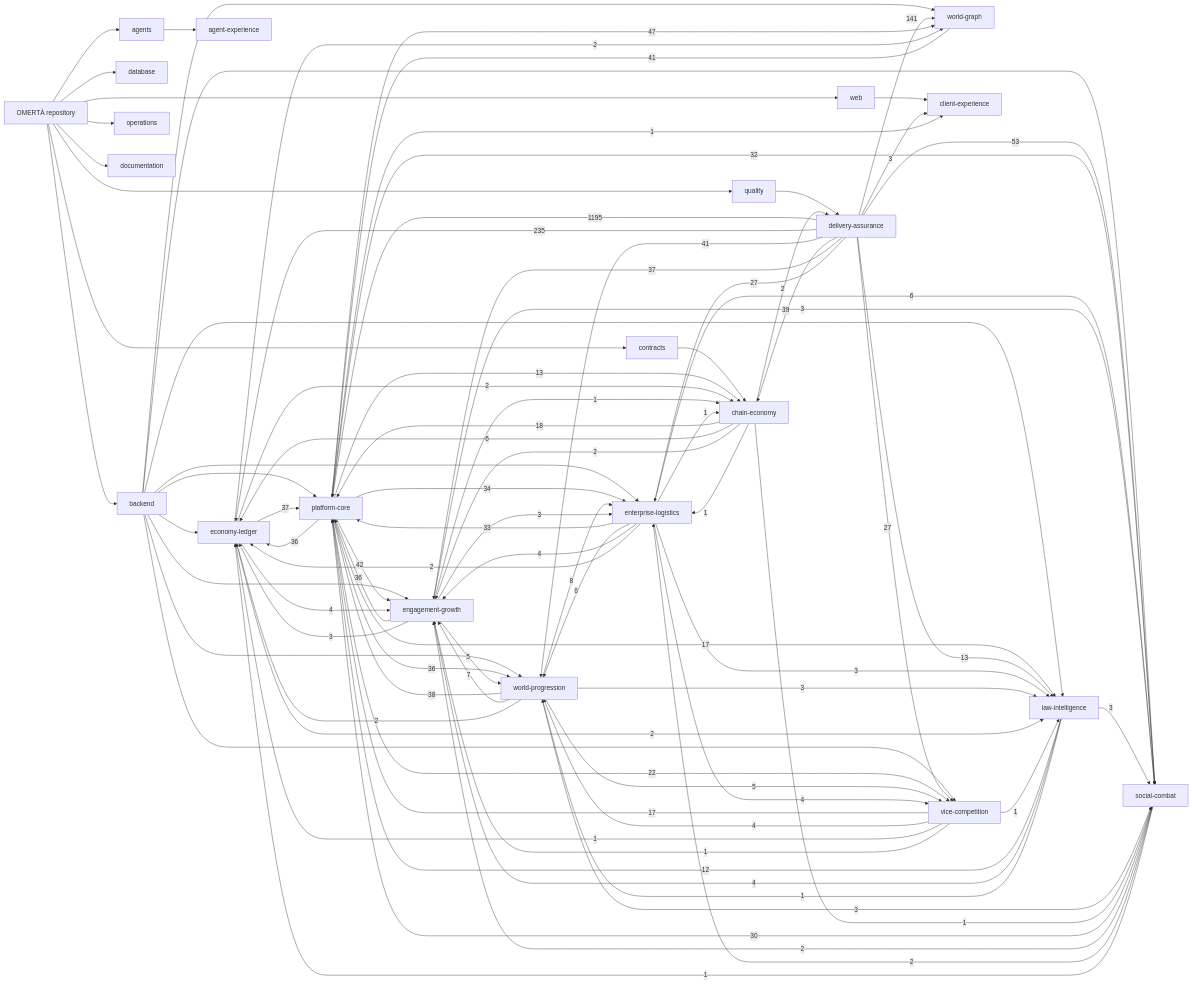
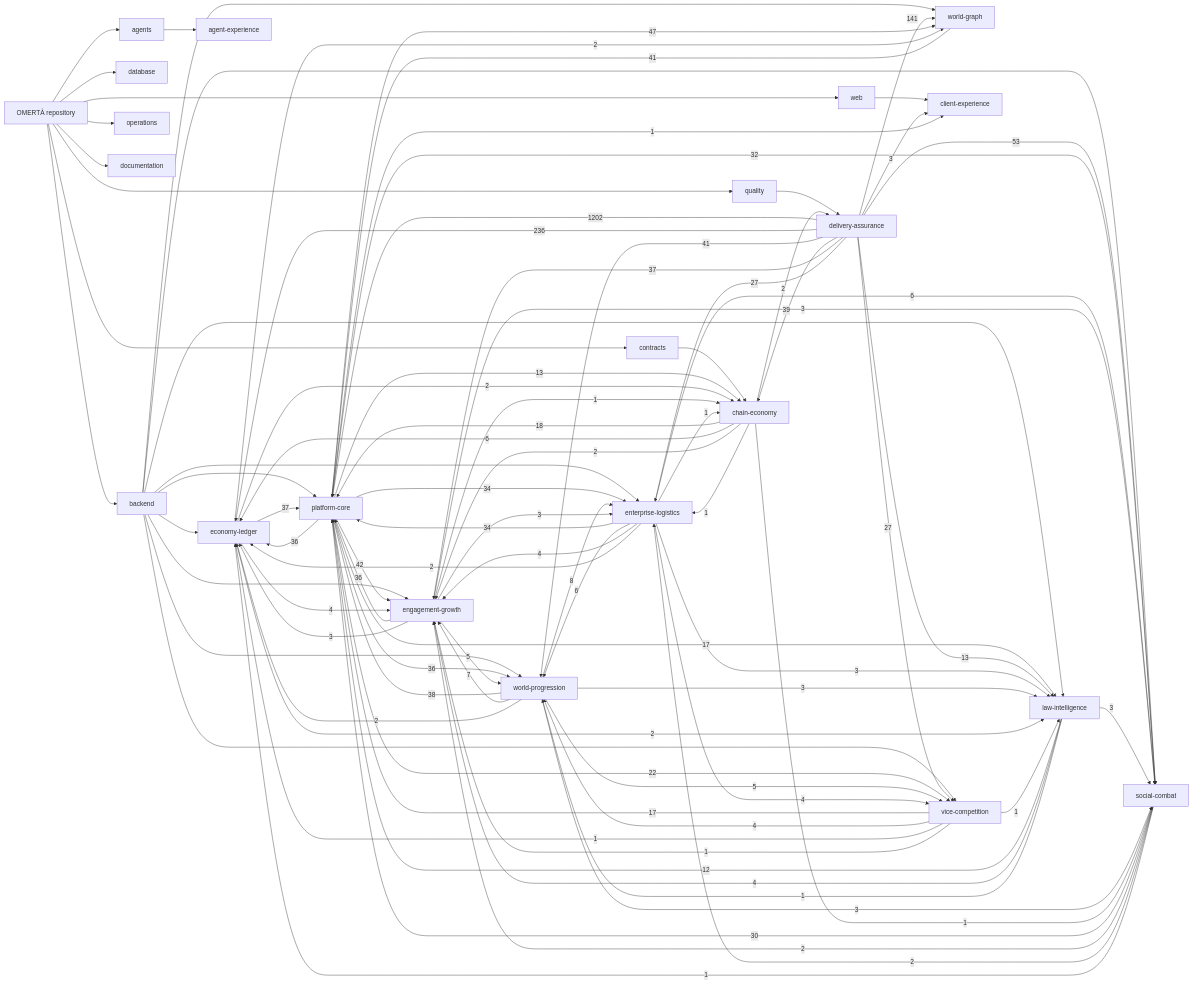
One commit to OmertaDev/Omerta changed the diagram in knowledge/generated/graph.mmd. Above: the diagram before and after it, drawn with Mermaid. The commit also changed 8 other files, not shown here.

```diff
--- a/knowledge/generated/graph.mmd
+++ b/knowledge/generated/graph.mmd
@@ -1,111 +1,111 @@
 flowchart LR
   repo["OMERTÀ repository"]
   sub_backend["backend"]
   repo --> sub_backend
   sub_database["database"]
   repo --> sub_database
   sub_web["web"]
   repo --> sub_web
   sub_contracts["contracts"]
   repo --> sub_contracts
   sub_agents["agents"]
   repo --> sub_agents
   sub_quality["quality"]
   repo --> sub_quality
   sub_operations["operations"]
   repo --> sub_operations
   sub_documentation["documentation"]
   repo --> sub_documentation
   dom_platform-core["platform-core"]
   dom_economy-ledger["economy-ledger"]
   dom_social-combat["social-combat"]
   dom_world-progression["world-progression"]
   dom_world-graph["world-graph"]
   dom_enterprise-logistics["enterprise-logistics"]
   dom_vice-competition["vice-competition"]
   dom_law-intelligence["law-intelligence"]
   dom_chain-economy["chain-economy"]
   dom_engagement-growth["engagement-growth"]
   dom_client-experience["client-experience"]
   dom_agent-experience["agent-experience"]
   dom_delivery-assurance["delivery-assurance"]
   sub_agents --> dom_agent-experience
   sub_backend --> dom_economy-ledger
   sub_backend --> dom_engagement-growth
   sub_backend --> dom_enterprise-logistics
   sub_backend --> dom_law-intelligence
   sub_backend --> dom_platform-core
   sub_backend --> dom_social-combat
   sub_backend --> dom_vice-competition
   sub_backend --> dom_world-graph
   sub_backend --> dom_world-progression
   sub_contracts --> dom_chain-economy
   sub_quality --> dom_delivery-assurance
   sub_web --> dom_client-experience
-  dom_delivery-assurance -->|1195| dom_platform-core
-  dom_delivery-assurance -->|235| dom_economy-ledger
+  dom_delivery-assurance -->|1202| dom_platform-core
+  dom_delivery-assurance -->|236| dom_economy-ledger
   dom_delivery-assurance -->|141| dom_world-graph
   dom_delivery-assurance -->|53| dom_social-combat
   dom_platform-core -->|47| dom_world-graph
   dom_platform-core -->|42| dom_engagement-growth
   dom_delivery-assurance -->|41| dom_world-progression
   dom_world-graph -->|41| dom_platform-core
   dom_delivery-assurance -->|39| dom_chain-economy
   dom_world-progression -->|38| dom_platform-core
   dom_delivery-assurance -->|37| dom_engagement-growth
   dom_economy-ledger -->|37| dom_platform-core
   dom_engagement-growth -->|36| dom_platform-core
   dom_platform-core -->|36| dom_economy-ledger
   dom_platform-core -->|36| dom_world-progression
+  dom_enterprise-logistics -->|34| dom_platform-core
   dom_platform-core -->|34| dom_enterprise-logistics
-  dom_enterprise-logistics -->|33| dom_platform-core
   dom_platform-core -->|32| dom_social-combat
   dom_social-combat -->|30| dom_platform-core
   dom_delivery-assurance -->|27| dom_enterprise-logistics
   dom_delivery-assurance -->|27| dom_vice-competition
   dom_platform-core -->|22| dom_vice-competition
   dom_chain-economy -->|18| dom_platform-core
   dom_platform-core -->|17| dom_law-intelligence
   dom_vice-competition -->|17| dom_platform-core
   dom_delivery-assurance -->|13| dom_law-intelligence
   dom_platform-core -->|13| dom_chain-economy
   dom_law-intelligence -->|12| dom_platform-core
   dom_world-progression -->|8| dom_enterprise-logistics
   dom_world-progression -->|7| dom_engagement-growth
   dom_chain-economy -->|6| dom_economy-ledger
   dom_enterprise-logistics -->|6| dom_social-combat
   dom_enterprise-logistics -->|6| dom_world-progression
   dom_engagement-growth -->|5| dom_world-progression
   dom_world-progression -->|5| dom_vice-competition
   dom_economy-ledger -->|4| dom_engagement-growth
   dom_enterprise-logistics -->|4| dom_engagement-growth
   dom_enterprise-logistics -->|4| dom_vice-competition
   dom_law-intelligence -->|4| dom_engagement-growth
   dom_vice-competition -->|4| dom_world-progression
   dom_delivery-assurance -->|3| dom_client-experience
   dom_engagement-growth -->|3| dom_economy-ledger
   dom_engagement-growth -->|3| dom_enterprise-logistics
   dom_engagement-growth -->|3| dom_social-combat
   dom_enterprise-logistics -->|3| dom_law-intelligence
   dom_law-intelligence -->|3| dom_social-combat
   dom_world-progression -->|3| dom_law-intelligence
   dom_world-progression -->|3| dom_social-combat
   dom_chain-economy -->|2| dom_delivery-assurance
   dom_chain-economy -->|2| dom_engagement-growth
   dom_economy-ledger -->|2| dom_chain-economy
   dom_economy-ledger -->|2| dom_law-intelligence
   dom_economy-ledger -->|2| dom_world-graph
   dom_enterprise-logistics -->|2| dom_economy-ledger
   dom_social-combat -->|2| dom_engagement-growth
   dom_social-combat -->|2| dom_enterprise-logistics
   dom_world-progression -->|2| dom_economy-ledger
   dom_chain-economy -->|1| dom_enterprise-logistics
   dom_chain-economy -->|1| dom_social-combat
   dom_engagement-growth -->|1| dom_chain-economy
   dom_enterprise-logistics -->|1| dom_chain-economy
   dom_law-intelligence -->|1| dom_world-progression
   dom_platform-core -->|1| dom_client-experience
   dom_social-combat -->|1| dom_economy-ledger
   dom_vice-competition -->|1| dom_economy-ledger
   dom_vice-competition -->|1| dom_engagement-growth
   dom_vice-competition -->|1| dom_law-intelligence
```
